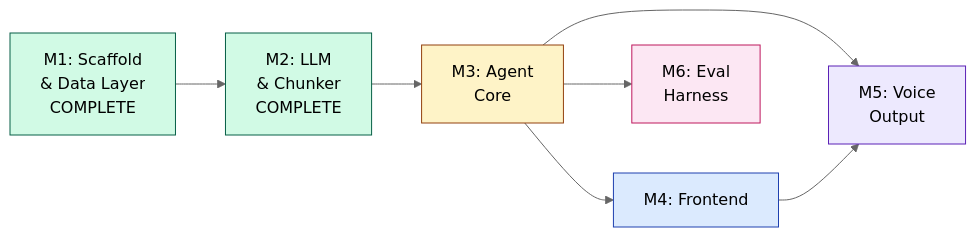
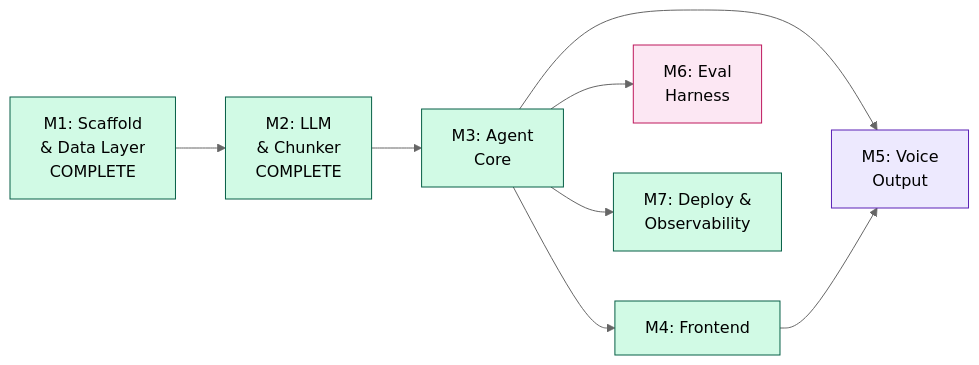
The third of 3 diagrams in architecture.md (darth-dodo/voxpopuli), drawn with Mermaid (neutral theme) before and after one commit. The commit also changed other lines of this file, not shown here.

First line of the commit message:
docs(m6): update architecture.md with LangSmith eval harness design

````diff
--- a/architecture.md
+++ b/architecture.md
@@ -564,16 +633,18 @@
 ```mermaid
 graph LR
     M1["M1: Scaffold<br/>& Data Layer<br/>COMPLETE"] --> M2["M2: LLM<br/>& Chunker<br/>COMPLETE"]
     M2 --> M3["M3: Agent<br/>Core"]
     M3 --> M4["M4: Frontend"]
     M3 --> M5["M5: Voice<br/>Output"]
     M3 --> M6["M6: Eval<br/>Harness"]
     M4 --> M5
+    M3 --> M7["M7: Deploy &<br/>Observability"]
 
     style M1 fill:#d1fae5,stroke:#065f46
     style M2 fill:#d1fae5,stroke:#065f46
-    style M3 fill:#fef3c7,stroke:#92400e
-    style M4 fill:#dbeafe,stroke:#1e40af
+    style M3 fill:#d1fae5,stroke:#065f46
+    style M4 fill:#d1fae5,stroke:#065f46
     style M5 fill:#ede9fe,stroke:#5b21b6
     style M6 fill:#fce7f3,stroke:#be185d
+    style M7 fill:#d1fae5,stroke:#065f46
 ```
````
